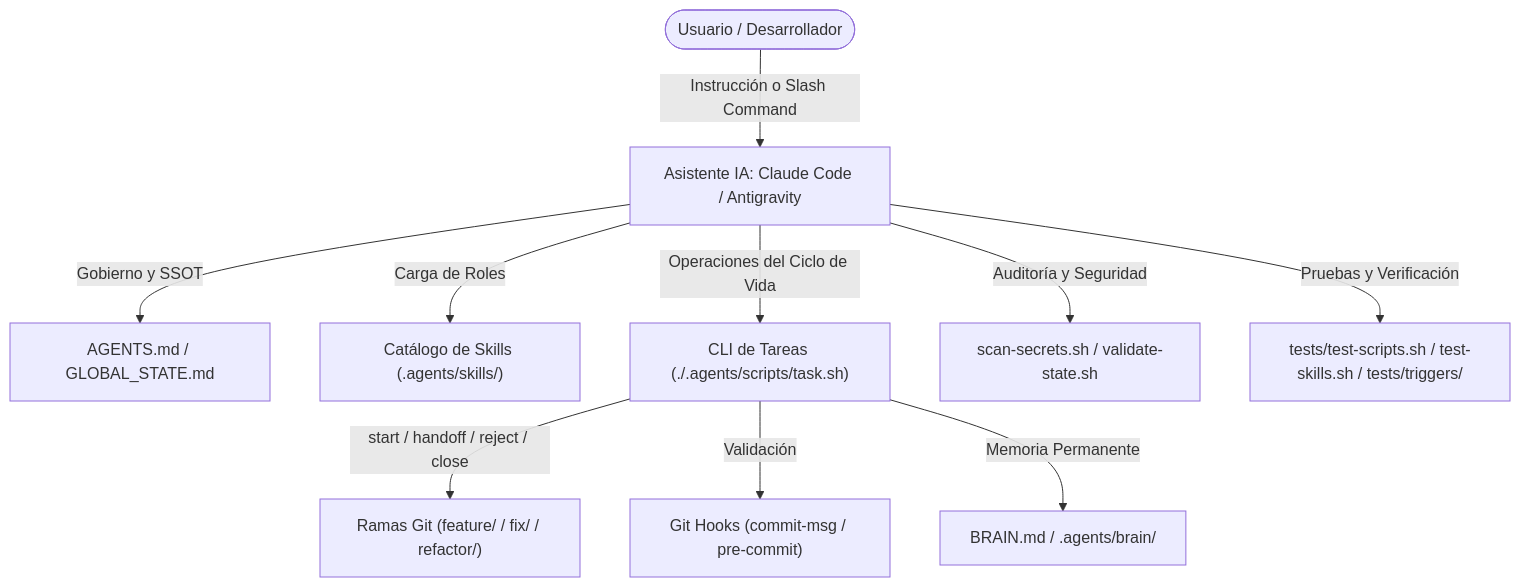
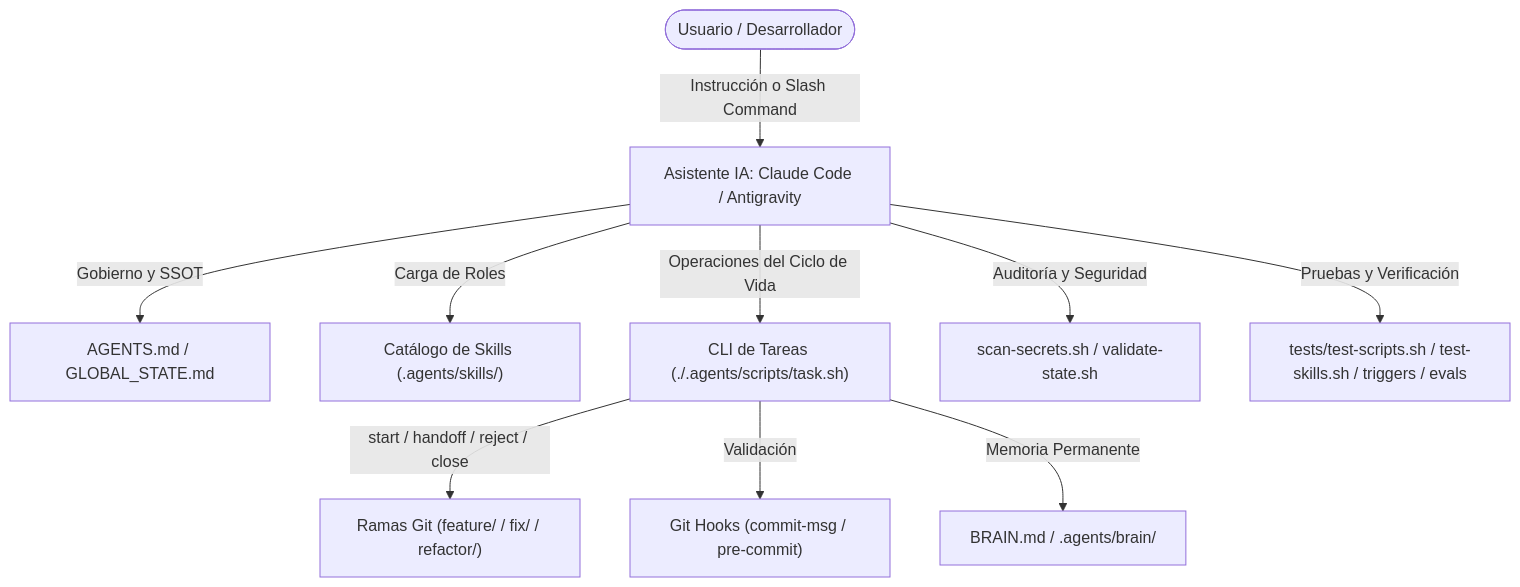
Before and after one commit to klismanvizcarra-maker/expertise-in-software-development: the diagram in BRAIN.md, drawn with Mermaid. The commit also changed 8 other files, not shown here.

````diff
--- a/BRAIN.md
+++ b/BRAIN.md
@@ -9,12 +9,12 @@
 ```mermaid
 flowchart TD
     User([Usuario / Desarrollador]) -->|Instrucción o Slash Command| Agent[Asistente IA: Claude Code / Antigravity]
     Agent -->|Gobierno y SSOT| Governance["AGENTS.md / GLOBAL_STATE.md"]
     Agent -->|Carga de Roles| Skills["Catálogo de Skills (.agents/skills/)"]
     Agent -->|Operaciones del Ciclo de Vida| TaskCLI["CLI de Tareas (./.agents/scripts/task.sh)"]
     TaskCLI -->|start / handoff / reject / close| Branches["Ramas Git (feature/ / fix/ / refactor/)"]
     TaskCLI -->|Validación| Hooks["Git Hooks (commit-msg / pre-commit)"]
     Agent -->|Auditoría y Seguridad| Security["scan-secrets.sh / validate-state.sh"]
-    Agent -->|Pruebas y Verificación| Tests["tests/test-scripts.sh / test-skills.sh / tests/triggers/"]
+    Agent -->|Pruebas y Verificación| Tests["tests/test-scripts.sh / test-skills.sh / triggers / evals"]
     TaskCLI -->|Memoria Permanente| Brain["BRAIN.md / .agents/brain/"]
 ```
````
